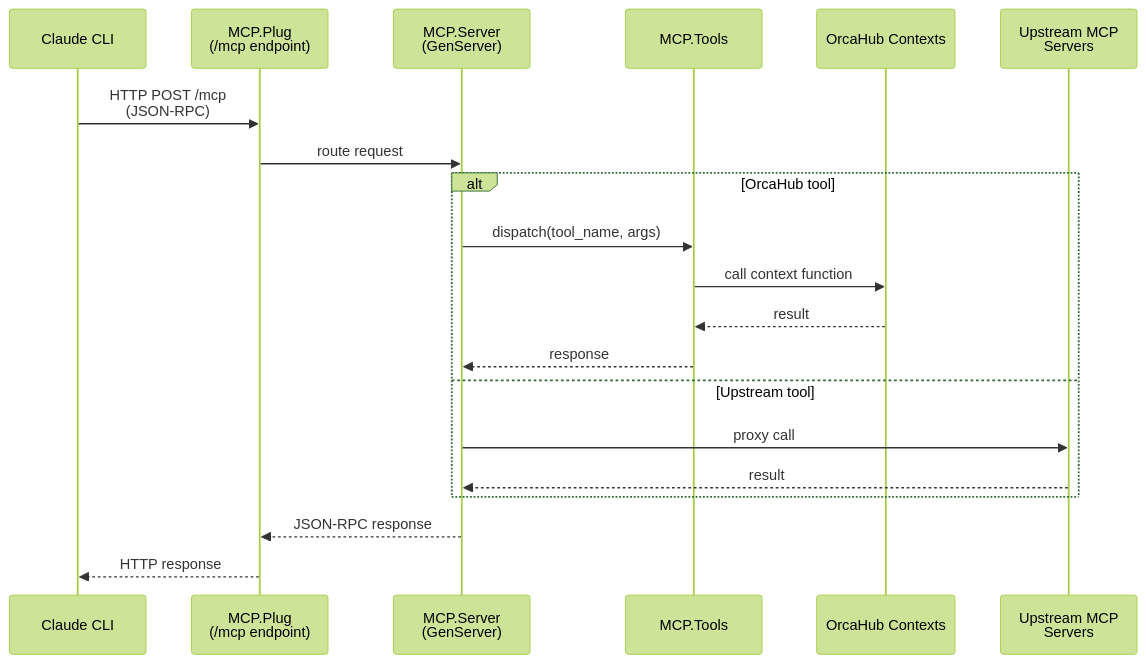
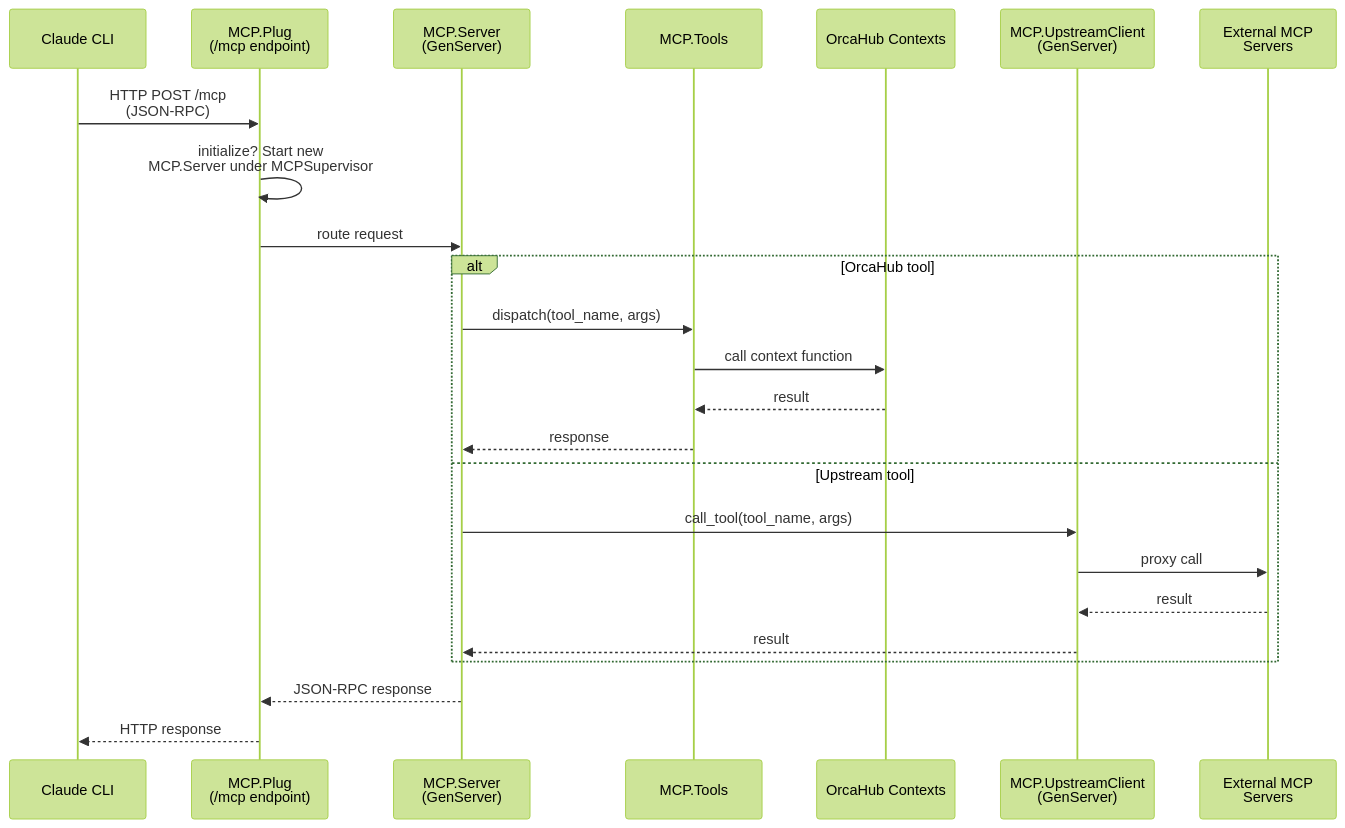
Before and after one commit to zingbretsen/orca_hub: the second of 2 diagrams in .context/message-flow.md, drawn with Mermaid (forest theme). The commit also changed other lines of this file and 5 other files, not shown here.

First line of the commit message:
Fix inaccuracies in .context/ mermaid diagrams

````diff
--- a/.context/message-flow.md
+++ b/.context/message-flow.md
@@ -47,25 +47,29 @@
 ```mermaid
 sequenceDiagram
     participant CLI as Claude CLI
     participant MCPPlug as MCP.Plug<br>(/mcp endpoint)
     participant Server as MCP.Server<br>(GenServer)
     participant Tools as MCP.Tools
     participant Context as OrcaHub Contexts
-    participant Upstream as Upstream MCP<br>Servers
+    participant UpClient as MCP.UpstreamClient<br>(GenServer)
+    participant Upstream as External MCP<br>Servers
 
     CLI->>MCPPlug: HTTP POST /mcp<br>(JSON-RPC)
+    MCPPlug->>MCPPlug: initialize? Start new<br>MCP.Server under MCPSupervisor
     MCPPlug->>Server: route request
 
     alt OrcaHub tool
         Server->>Tools: dispatch(tool_name, args)
         Tools->>Context: call context function
         Context-->>Tools: result
         Tools-->>Server: response
     else Upstream tool
-        Server->>Upstream: proxy call
-        Upstream-->>Server: result
+        Server->>UpClient: call_tool(tool_name, args)
+        UpClient->>Upstream: proxy call
+        Upstream-->>UpClient: result
+        UpClient-->>Server: result
     end
 
     Server-->>MCPPlug: JSON-RPC response
     MCPPlug-->>CLI: HTTP response
 ```
````
